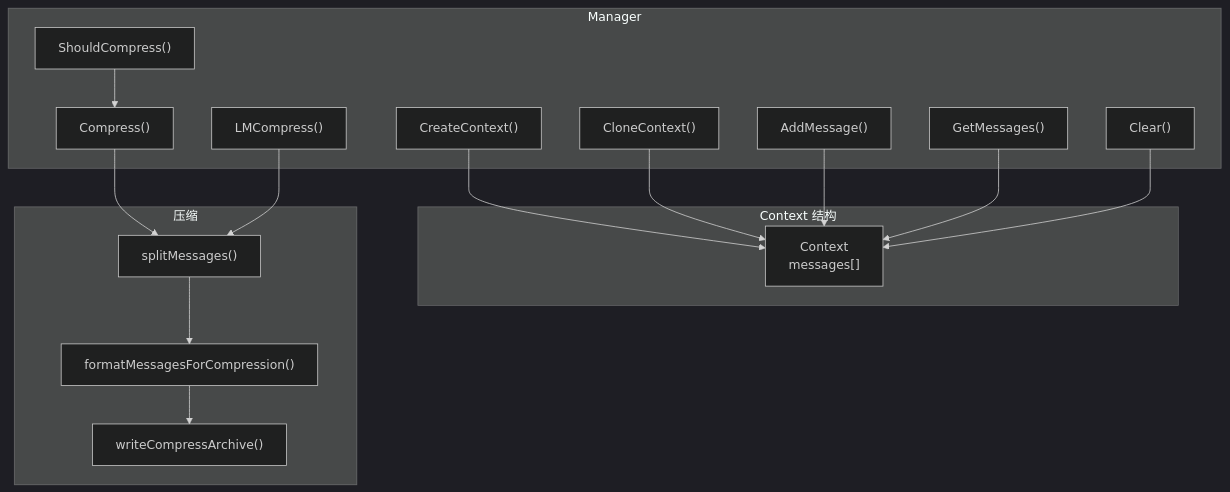
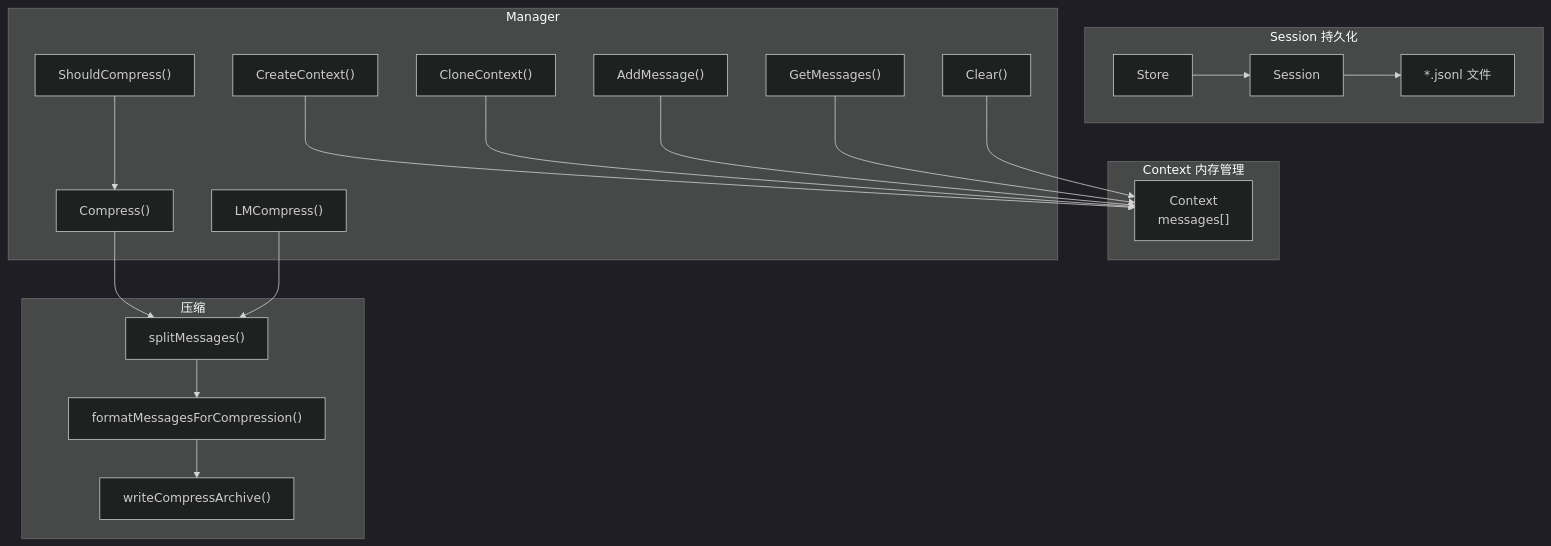
The diagram in doc/context.md (Ozqi/5hAgent), drawn with Mermaid (dark theme) before and after one commit. The commit also changed other lines of this file, not shown here.

Commit message:
docs: 更新 context 文档，添加 session 持久化说明

````diff
--- a/doc/context.md
+++ b/doc/context.md
@@ -5,34 +5,42 @@
 ```mermaid
 flowchart TB
-    subgraph Context["Context 结构"]
+    subgraph Session["Session 持久化"]
+        store["Store"]
+        session["Session"]
+        jsonl["*.jsonl 文件"]
+    end
+
+    subgraph Context["Context 内存管理"]
         ctx["Context<br/>messages[]"]
     end
 
     subgraph Manager["Manager"]
         create["CreateContext()"]
         clone["CloneContext()"]
         add["AddMessage()"]
         get["GetMessages()"]
         clear["Clear()"]
         should["ShouldCompress()"]
         compress["Compress()"]
         lmcompress["LMCompress()"]
     end
 
     subgraph Compression["压缩"]
         split["splitMessages()"]
         format["formatMessagesForCompression()"]
         archive["writeCompressArchive()"]
     end
 
+    store --> session
+    session --> jsonl
     create --> ctx
     clone --> ctx
     add --> ctx
     get --> ctx
     clear --> ctx
     should --> compress
     compress --> split
     lmcompress --> split
     split --> format
     format --> archive
 ```
````
